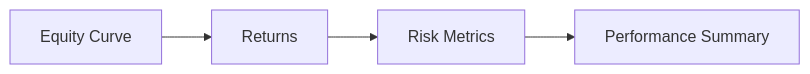
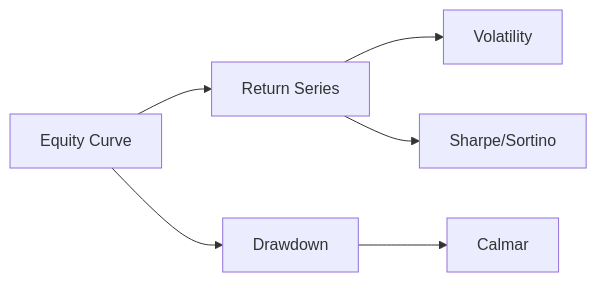
One commit to gregorian-09/regime-flow changed the diagram in docs/explanation/performance-metrics.md. Above: the diagram before and after it, drawn with Mermaid. The commit also changed other lines of this file and 58 other files, not shown here.

````diff
--- a/docs/explanation/performance-metrics.md
+++ b/docs/explanation/performance-metrics.md
@@ -7,6 +7,8 @@
 ```mermaid
 flowchart LR
-  A[Equity Curve] --> B[Returns]
-  B --> C[Risk Metrics]
-  C --> D[Performance Summary]
+  A[Equity Curve] --> B[Return Series]
+  B --> C[Volatility]
+  B --> D[Sharpe/Sortino]
+  A --> E[Drawdown]
+  E --> F[Calmar]
 ```
````
